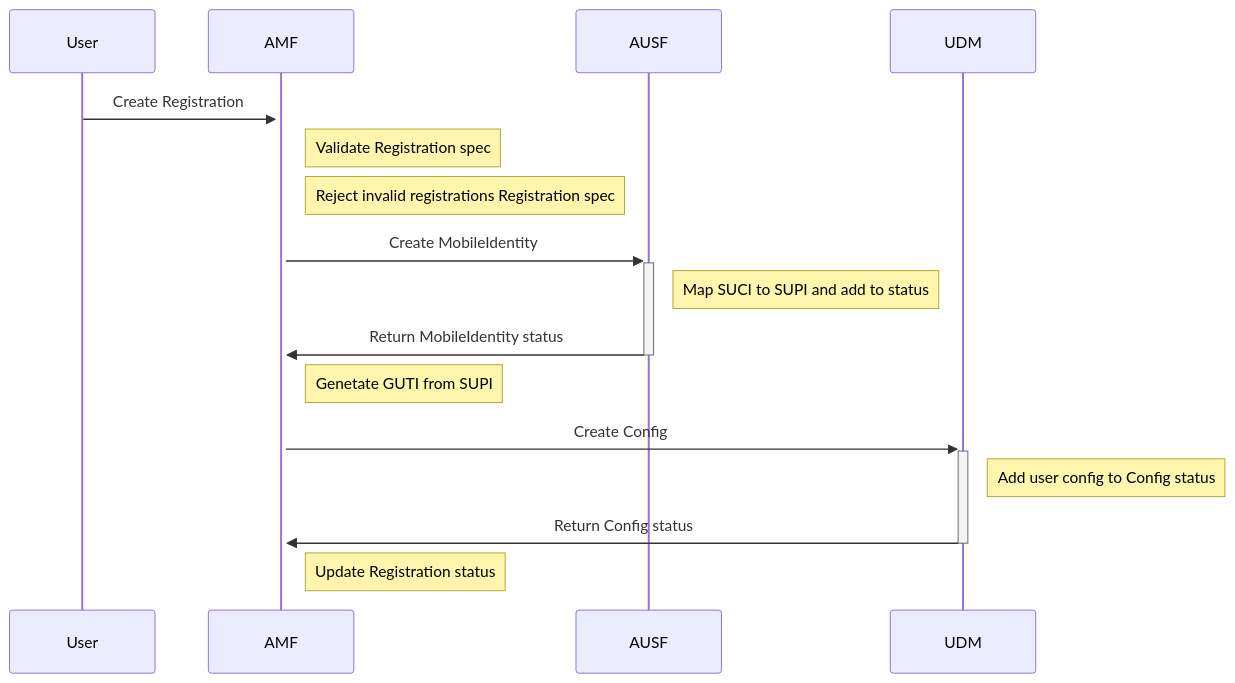
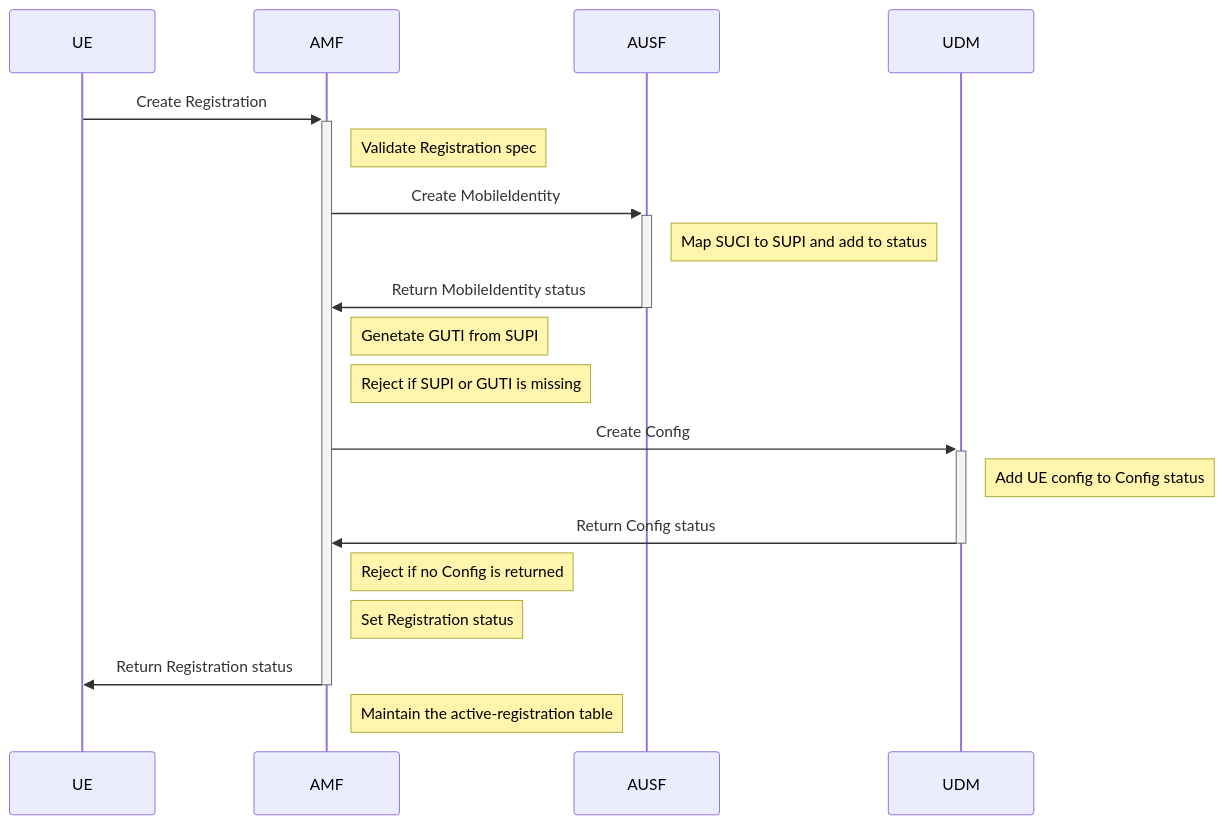
The first of 2 diagrams in README.md (hsnlab/dctrl5g), drawn with Mermaid before and after one commit. The commit also changed other lines of this file and 2 other files, not shown here.

````diff
--- a/README.md
+++ b/README.md
@@ -135,14 +135,17 @@
 ``` mermaid
 sequenceDiagram
-    User->>+AMF: Create Registration
+    UE->>+AMF: Create Registration
     Note right of AMF: Validate Registration spec
-    Note right of AMF: Reject invalid registrations Registration spec
     AMF->>+AUSF: Create MobileIdentity
     Note right of AUSF: Map SUCI to SUPI and add to status
     AUSF->>-AMF: Return MobileIdentity status
     Note right of AMF: Genetate GUTI from SUPI
+    Note right of AMF: Reject if SUPI or GUTI is missing
     AMF->>+UDM: Create Config
-    Note right of UDM: Add user config to Config status
+    Note right of UDM: Add UE config to Config status
     UDM->>-AMF: Return Config status
-    Note right of AMF: Update Registration status
+    Note right of AMF: Reject if no Config is returned
+    Note right of AMF: Set Registration status
+    AMF->>-UE: Return Registration status
+    Note right of AMF: Maintain the active-registration table
 ```
````
